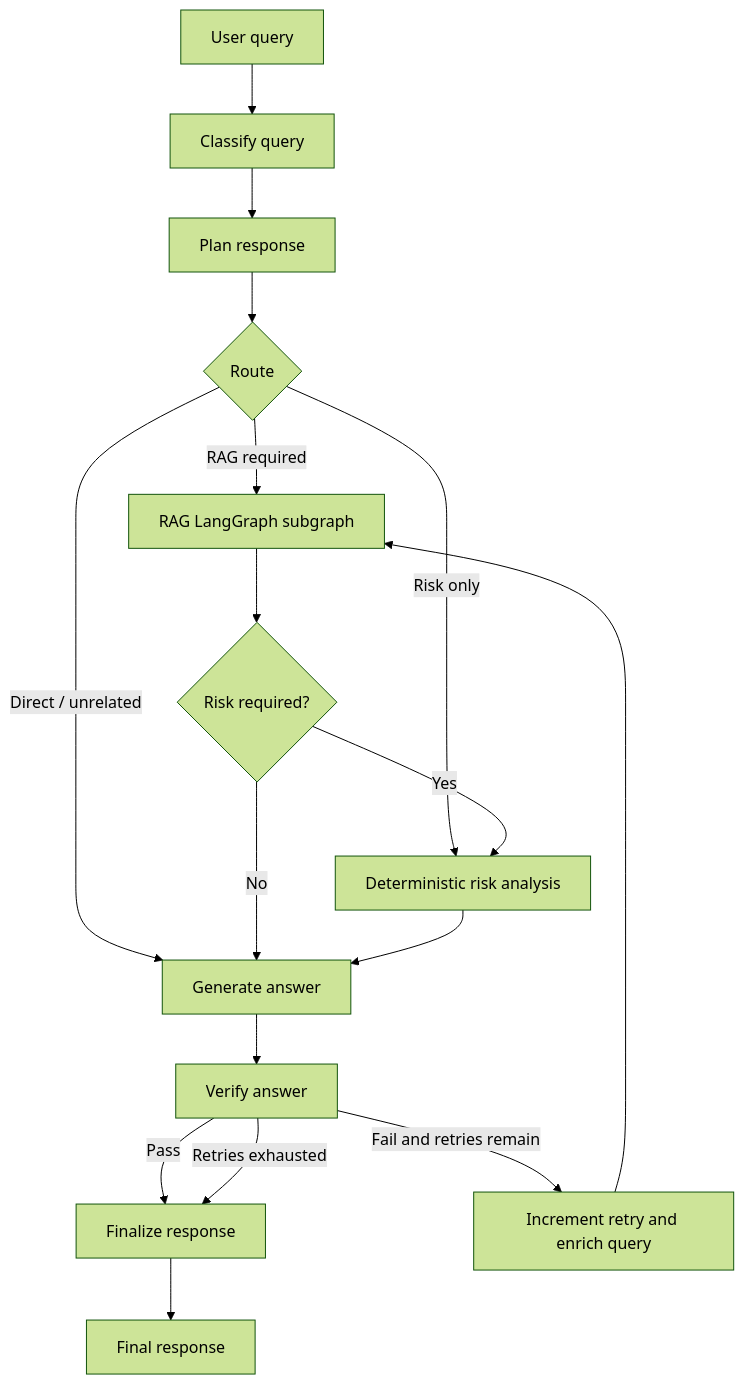
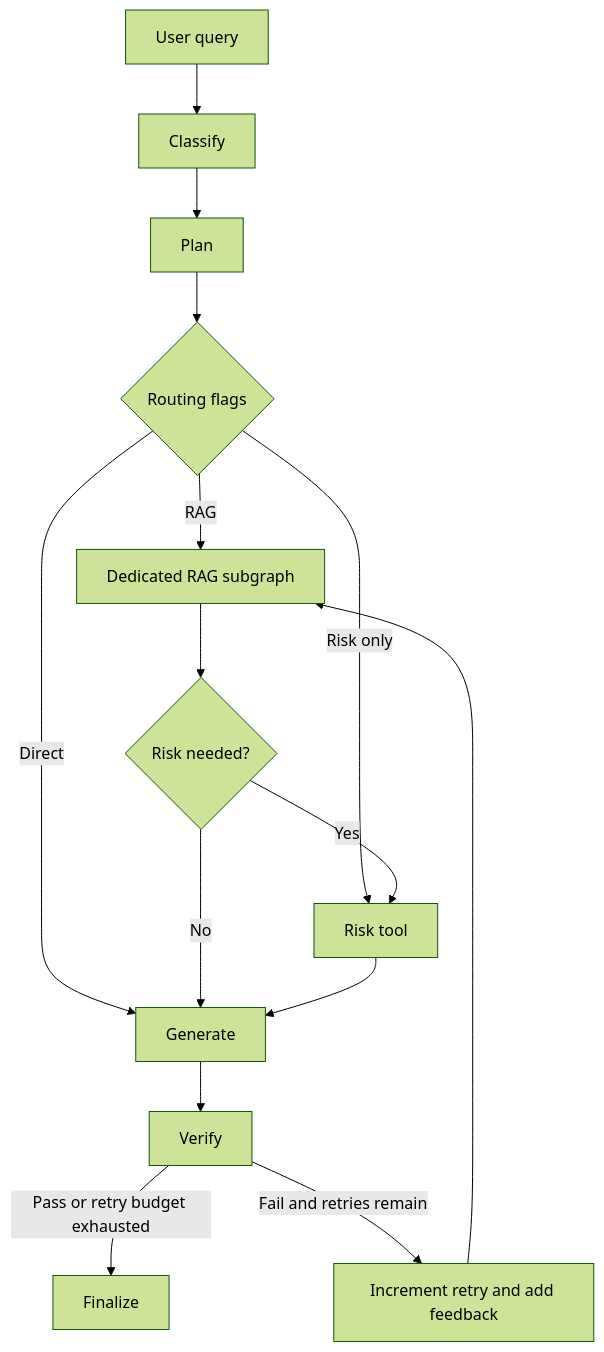
One commit to dravex01/cybersecurity-incident-response-agent changed the first of 2 diagrams in README.md. Above: the diagram before and after it, drawn with Mermaid (forest theme). The commit also changed other lines of this file and 16 other files, not shown here.

````diff
--- a/README.md
+++ b/README.md
@@ -15,19 +48,17 @@
 ```mermaid
 flowchart TD
-    A[User query] --> B[Classify query]
-    B --> C[Plan response]
-    C --> D{Route}
-    D -->|RAG required| E[RAG LangGraph subgraph]
-    D -->|Risk only| F[Deterministic risk analysis]
-    D -->|Direct / unrelated| G[Generate answer]
-    E --> H{Risk required?}
+    A[User query] --> B[Classify]
+    B --> C[Plan]
+    C --> D{Routing flags}
+    D -->|RAG| E[Dedicated RAG subgraph]
+    D -->|Risk only| F[Risk tool]
+    D -->|Direct| G[Generate]
+    E --> H{Risk needed?}
     H -->|Yes| F
     H -->|No| G
     F --> G
-    G --> I[Verify answer]
-    I -->|Pass| J[Finalize response]
-    I -->|Fail and retries remain| K[Increment retry and enrich query]
+    G --> I[Verify]
+    I -->|Pass or retry budget exhausted| J[Finalize]
+    I -->|Fail and retries remain| K[Increment retry and add feedback]
     K --> E
-    I -->|Retries exhausted| J
-    J --> L[Final response]
 ```
````
